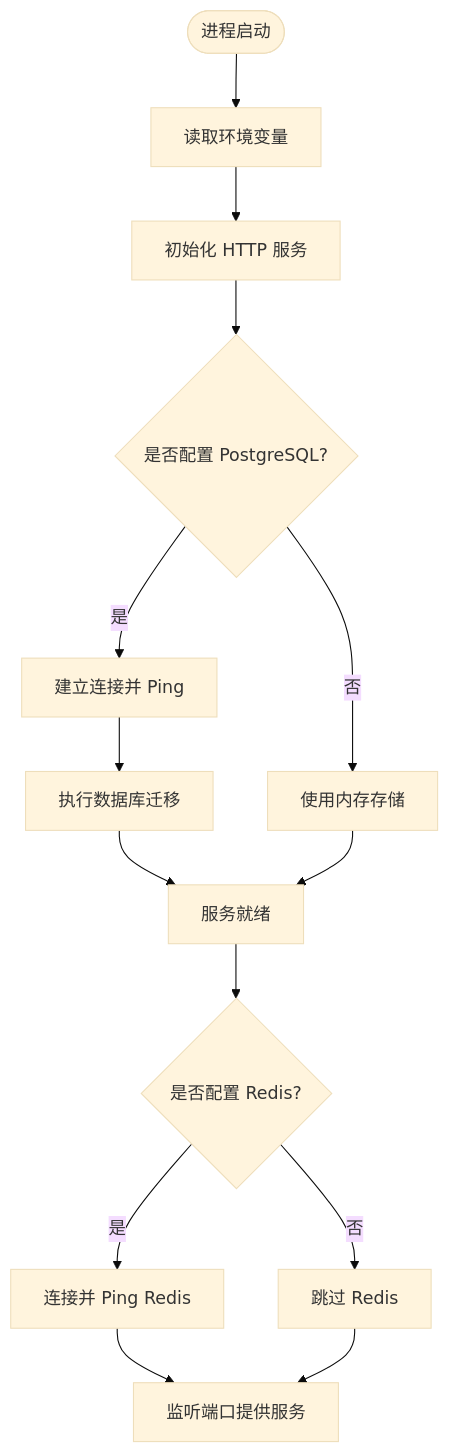
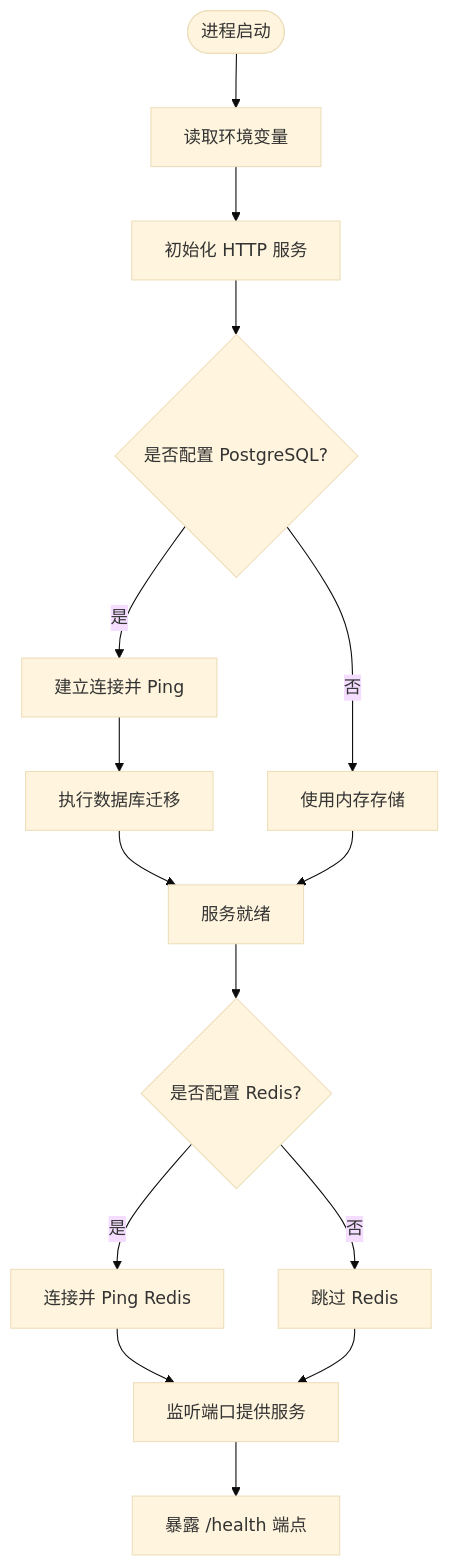
The third of 7 diagrams in .qoder/repowiki/zh/content/开发指南/开发环境搭建.md (alvinwangzi/goodhr), drawn with Mermaid (base theme) before and after one commit. The commit also changed other lines of this file and 10 other files, not shown here.

````diff
--- a/.qoder/repowiki/zh/content/开发指南/开发环境搭建.md
+++ b/.qoder/repowiki/zh/content/开发指南/开发环境搭建.md
@@ -133,17 +159,18 @@
 ```mermaid
 flowchart TD
 Start(["进程启动"]) --> ReadEnv["读取环境变量"]
 ReadEnv --> InitHTTP["初始化 HTTP 服务"]
 InitHTTP --> CheckPG{"是否配置 PostgreSQL?"}
 CheckPG --> |是| OpenPG["建立连接并 Ping"]
 OpenPG --> RunMig["执行数据库迁移"]
 RunMig --> Ready["服务就绪"]
 CheckPG --> |否| UseMem["使用内存存储"]
 UseMem --> Ready
 CheckRedis{"是否配置 Redis?"}
 Ready --> CheckRedis
 CheckRedis --> |是| ConnectRedis["连接并 Ping Redis"]
 CheckRedis --> |否| SkipRedis["跳过 Redis"]
 ConnectRedis --> Serve["监听端口提供服务"]
 SkipRedis --> Serve
+Serve --> Health["暴露 /health 端点"]
 ```
````
